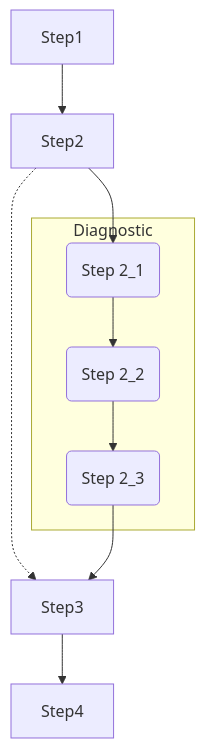
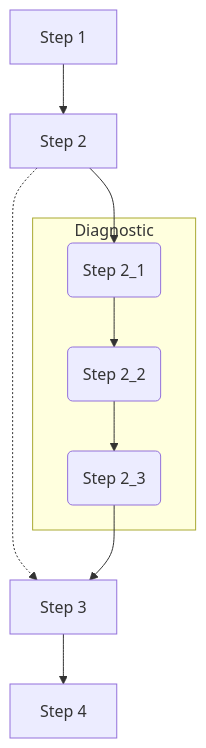
Before and after one commit to jibarozzo/VariantCallingPipeline: the second of 3 diagrams in variant_calling/README.md, drawn with Mermaid. The commit also changed other lines of this file and 5 other files, not shown here.

````diff
--- a/variant_calling/README.md
+++ b/variant_calling/README.md
@@ -13,10 +26,10 @@
 ```mermaid
 graph TD
-    A[Step1] --> B[Step2] --> T
+    A[Step 1] --> B[Step 2] --> T
         subgraph Diagnostic
         T(Step 2_1) --> X(Step 2_2) --> Y(Step 2_3)
     end
  B .-> C
     Y --> C
-    C[Step3] --> D[Step4]    
+    C[Step 3] --> D[Step 4]    
 ```
````
